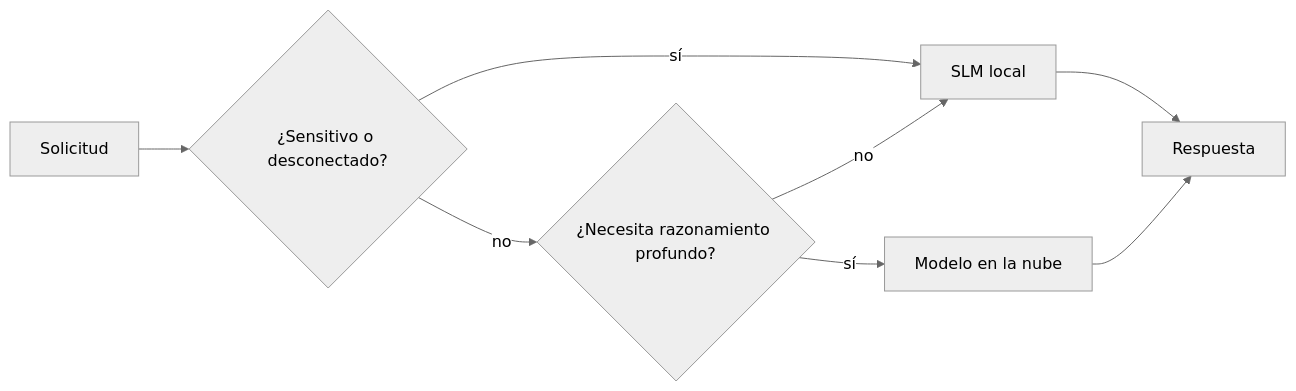
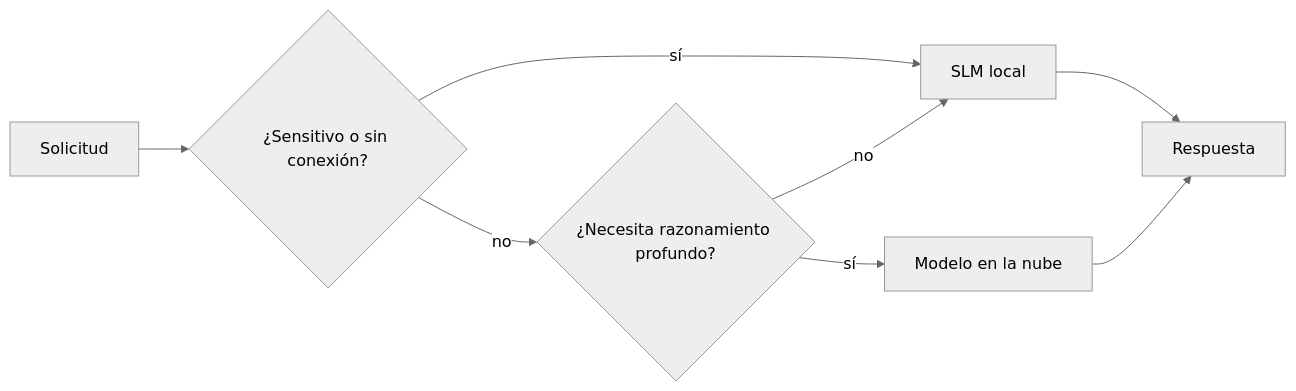
The fourth of 4 diagrams in translations/es/17-creating-local-ai-agents/README.md (microsoft/ai-agents-for-beginners), drawn with Mermaid (neutral theme) before and after one commit. The commit also changed other lines of this file and 47 other files, not shown here.

````diff
--- a/translations/es/17-creating-local-ai-agents/README.md
+++ b/translations/es/17-creating-local-ai-agents/README.md
@@ -156,10 +156,10 @@
 ```mermaid
 flowchart LR
-    Q[Solicitud] --> S{¿Sensitivo o desconectado?}
+    Q[Solicitud] --> S{¿Sensitivo o sin conexión?}
     S -->|sí| L[SLM local]
     S -->|no| C{¿Necesita razonamiento profundo?}
     C -->|no| L
     C -->|sí| Cloud[Modelo en la nube]
     L --> Out[Respuesta]
     Cloud --> Out
 ```
````
